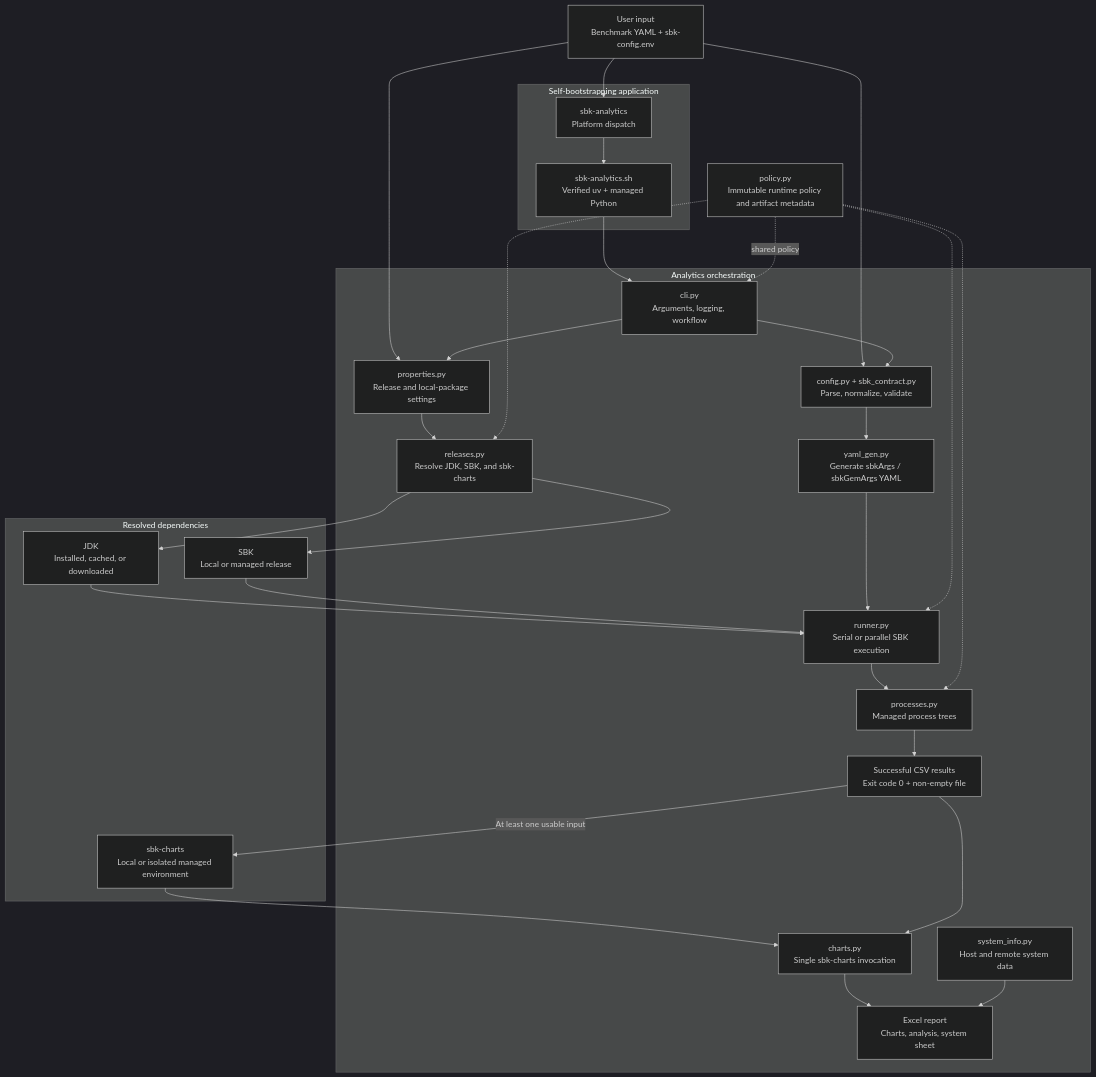
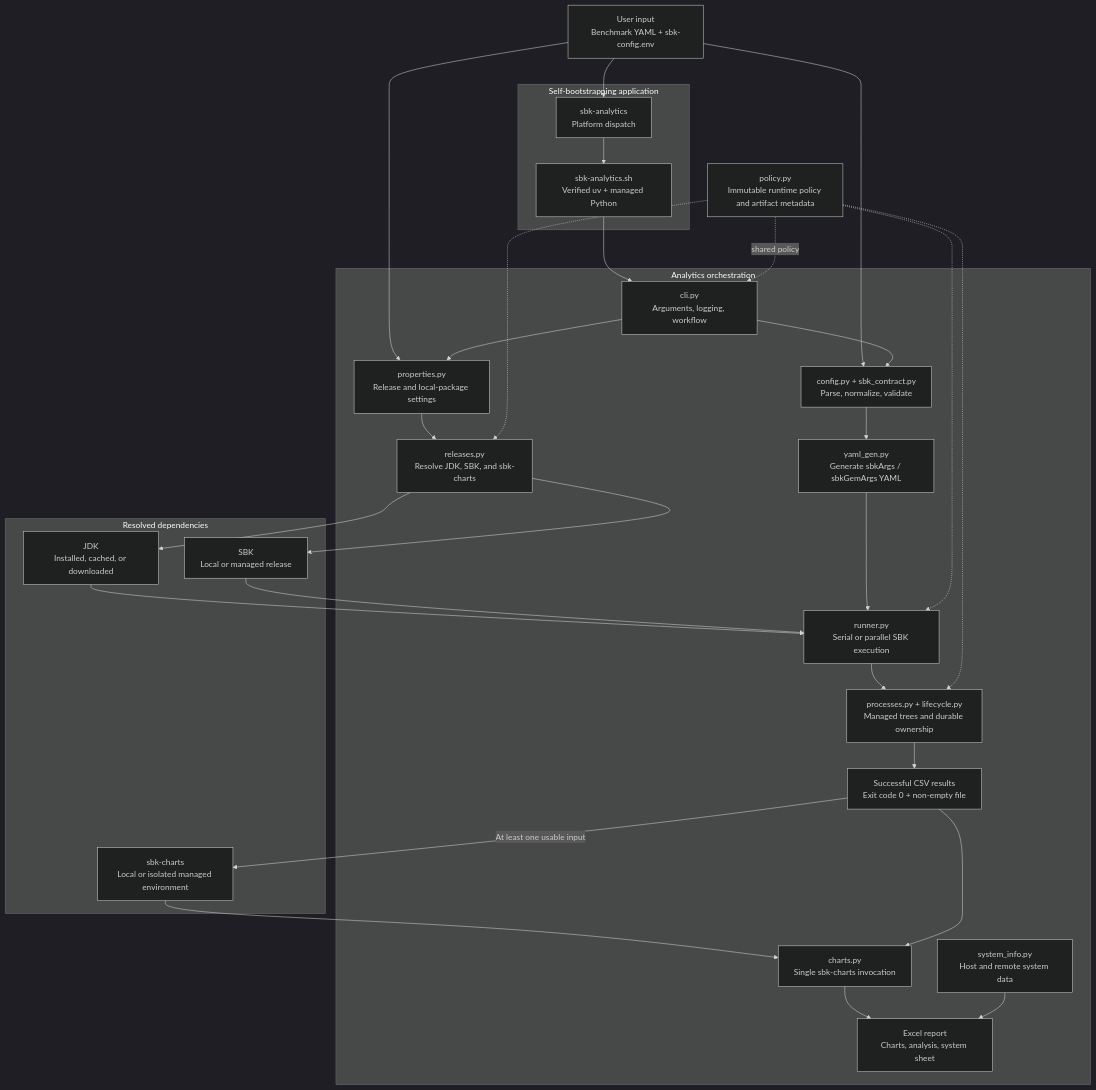
Before and after one commit to kmgowda/sbk-analytics: the first of 7 diagrams in analytics/ARCHITECTURE.md, drawn with Mermaid (dark theme). The commit also changed other lines of this file and 27 other files, not shown here.

````diff
--- a/analytics/ARCHITECTURE.md
+++ b/analytics/ARCHITECTURE.md
@@ -28,50 +28,50 @@
 ```mermaid
 flowchart TB
     User["User input<br/>Benchmark YAML + sbk-config.env"]
 
     subgraph Bootstrap["Self-bootstrapping application"]
         Launcher["sbk-analytics<br/>Platform dispatch"]
         Runtime["sbk-analytics.sh<br/>Verified uv + managed Python"]
     end
 
     subgraph Orchestration["Analytics orchestration"]
         CLI["cli.py<br/>Arguments, logging, workflow"]
         Config["config.py + sbk_contract.py<br/>Parse, normalize, validate"]
         Properties["properties.py<br/>Release and local-package settings"]
         Resolver["releases.py<br/>Resolve JDK, SBK, and sbk-charts"]
         Generator["yaml_gen.py<br/>Generate sbkArgs / sbkGemArgs YAML"]
         Runner["runner.py<br/>Serial or parallel SBK execution"]
-        Processes["processes.py<br/>Managed process trees"]
+        Processes["processes.py + lifecycle.py<br/>Managed trees and durable ownership"]
         CSV["Successful CSV results<br/>Exit code 0 + non-empty file"]
         Charts["charts.py<br/>Single sbk-charts invocation"]
         SystemInfo["system_info.py<br/>Host and remote system data"]
         Report["Excel report<br/>Charts, analysis, system sheet"]
     end
 
     subgraph Managed["Resolved dependencies"]
         JDK["JDK<br/>Installed, cached, or downloaded"]
         SBK["SBK<br/>Local or managed release"]
         SBKCharts["sbk-charts<br/>Local or isolated managed environment"]
     end
 
     Policy["policy.py<br/>Immutable runtime policy and artifact metadata"]
 
     User --> Launcher --> Runtime --> CLI
     User --> Config
     User --> Properties
     CLI --> Config
     CLI --> Properties --> Resolver
     Config --> Generator
     Resolver --> JDK
     Resolver --> SBK
     JDK --> Runner
     SBK --> Runner
     Generator --> Runner --> Processes --> CSV
     CSV -->|At least one usable input| SBKCharts --> Charts
     CSV --> Charts --> Report
     SystemInfo --> Report
     Policy -. shared policy .-> CLI
     Policy -.-> Resolver
     Policy -.-> Runner
     Policy -.-> Processes
 ```
````
